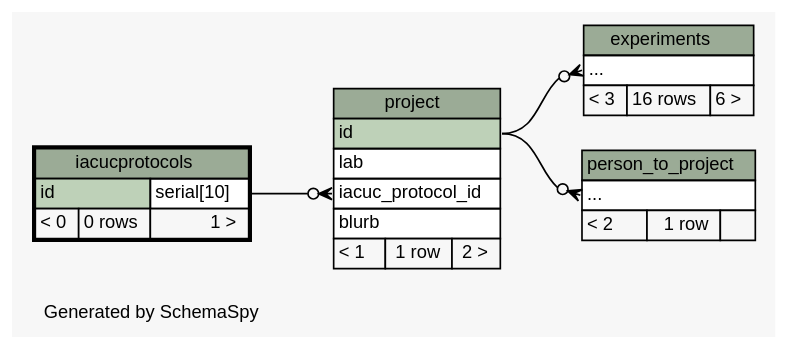
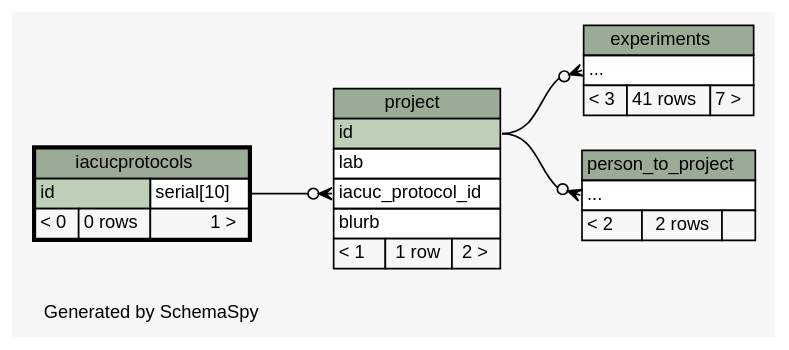
The diagram in database/ss/diagrams/iacucprotocols.2degrees.dot (tgbugs/mlab), drawn with Graphviz before and after one commit. The commit also changed 216 other files, not shown here.

```diff
--- a/database/ss/diagrams/iacucprotocols.2degrees.dot
+++ b/database/ss/diagrams/iacucprotocols.2degrees.dot
@@ -1,68 +1,68 @@
 // dot 2.32.0 on Windows 7 6.1
 // SchemaSpy rev 590
 digraph "twoDegreesRelationshipsDiagram" {
   graph [
     rankdir="RL"
     bgcolor="#f7f7f7"
     label="\nGenerated by SchemaSpy"
     labeljust="l"
     nodesep="0.18"
     ranksep="0.46"
     fontname="Helvetica"
     fontsize="11"
   ];
   node [
     fontname="Helvetica"
     fontsize="11"
     shape="plaintext"
   ];
   edge [
     arrowsize="0.8"
   ];
   "experiments":"elipses":w -> "project":"id":e [arrowhead=none dir=back arrowtail=crowodot];
   "person_to_project":"elipses":w -> "project":"id":e [arrowhead=none dir=back arrowtail=crowodot];
   "project":"iacuc_protocol_id":w -> "iacucprotocols":"id.type":e [arrowhead=none dir=back arrowtail=crowodot];
   "experiments" [
     label=<
     <TABLE BORDER="0" CELLBORDER="1" CELLSPACING="0" BGCOLOR="#ffffff">
       <TR><TD COLSPAN="3" BGCOLOR="#9bab96" ALIGN="CENTER">experiments</TD></TR>
       <TR><TD PORT="elipses" COLSPAN="3" ALIGN="LEFT">...</TD></TR>
-      <TR><TD ALIGN="LEFT" BGCOLOR="#f7f7f7">&lt; 3</TD><TD ALIGN="RIGHT" BGCOLOR="#f7f7f7">16 rows</TD><TD ALIGN="RIGHT" BGCOLOR="#f7f7f7">6 &gt;</TD></TR>
+      <TR><TD ALIGN="LEFT" BGCOLOR="#f7f7f7">&lt; 3</TD><TD ALIGN="RIGHT" BGCOLOR="#f7f7f7">41 rows</TD><TD ALIGN="RIGHT" BGCOLOR="#f7f7f7">7 &gt;</TD></TR>
     </TABLE>>
     URL="experiments.html"
     tooltip="experiments"
   ];
   "iacucprotocols" [
     label=<
     <TABLE BORDER="2" CELLBORDER="1" CELLSPACING="0" BGCOLOR="#ffffff">
       <TR><TD COLSPAN="3" BGCOLOR="#9bab96" ALIGN="CENTER">iacucprotocols</TD></TR>
       <TR><TD PORT="id" COLSPAN="2" BGCOLOR="#bed1b8" ALIGN="LEFT">id</TD><TD PORT="id.type" ALIGN="LEFT">serial[10]</TD></TR>
       <TR><TD ALIGN="LEFT" BGCOLOR="#f7f7f7">&lt; 0</TD><TD ALIGN="RIGHT" BGCOLOR="#f7f7f7">0 rows</TD><TD ALIGN="RIGHT" BGCOLOR="#f7f7f7">1 &gt;</TD></TR>
     </TABLE>>
     URL="iacucprotocols.html"
     tooltip="iacucprotocols"
   ];
   "person_to_project" [
     label=<
     <TABLE BORDER="0" CELLBORDER="1" CELLSPACING="0" BGCOLOR="#ffffff">
       <TR><TD COLSPAN="3" BGCOLOR="#9bab96" ALIGN="CENTER">person_to_project</TD></TR>
       <TR><TD PORT="elipses" COLSPAN="3" ALIGN="LEFT">...</TD></TR>
-      <TR><TD ALIGN="LEFT" BGCOLOR="#f7f7f7">&lt; 2</TD><TD ALIGN="RIGHT" BGCOLOR="#f7f7f7">1 row</TD><TD ALIGN="RIGHT" BGCOLOR="#f7f7f7">  </TD></TR>
+      <TR><TD ALIGN="LEFT" BGCOLOR="#f7f7f7">&lt; 2</TD><TD ALIGN="RIGHT" BGCOLOR="#f7f7f7">2 rows</TD><TD ALIGN="RIGHT" BGCOLOR="#f7f7f7">  </TD></TR>
     </TABLE>>
     URL="person_to_project.html"
     tooltip="person_to_project"
   ];
   "project" [
     label=<
     <TABLE BORDER="0" CELLBORDER="1" CELLSPACING="0" BGCOLOR="#ffffff">
       <TR><TD COLSPAN="3" BGCOLOR="#9bab96" ALIGN="CENTER">project</TD></TR>
       <TR><TD PORT="id" COLSPAN="3" BGCOLOR="#bed1b8" ALIGN="LEFT">id</TD></TR>
       <TR><TD PORT="lab" COLSPAN="3" ALIGN="LEFT">lab</TD></TR>
       <TR><TD PORT="iacuc_protocol_id" COLSPAN="3" ALIGN="LEFT">iacuc_protocol_id</TD></TR>
       <TR><TD PORT="blurb" COLSPAN="3" ALIGN="LEFT">blurb</TD></TR>
       <TR><TD ALIGN="LEFT" BGCOLOR="#f7f7f7">&lt; 1</TD><TD ALIGN="RIGHT" BGCOLOR="#f7f7f7">1 row</TD><TD ALIGN="RIGHT" BGCOLOR="#f7f7f7">2 &gt;</TD></TR>
     </TABLE>>
     URL="project.html"
     tooltip="project"
   ];
 }
```
